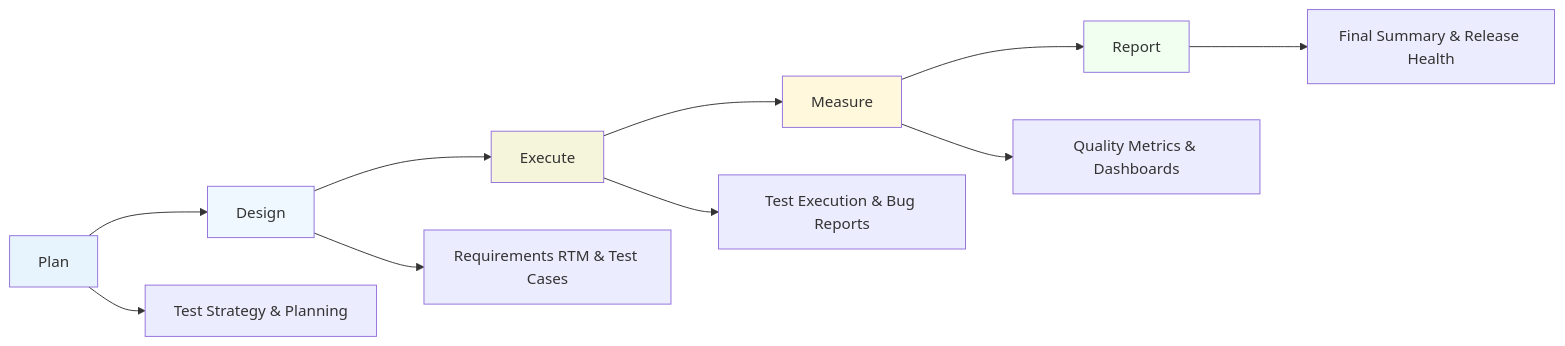
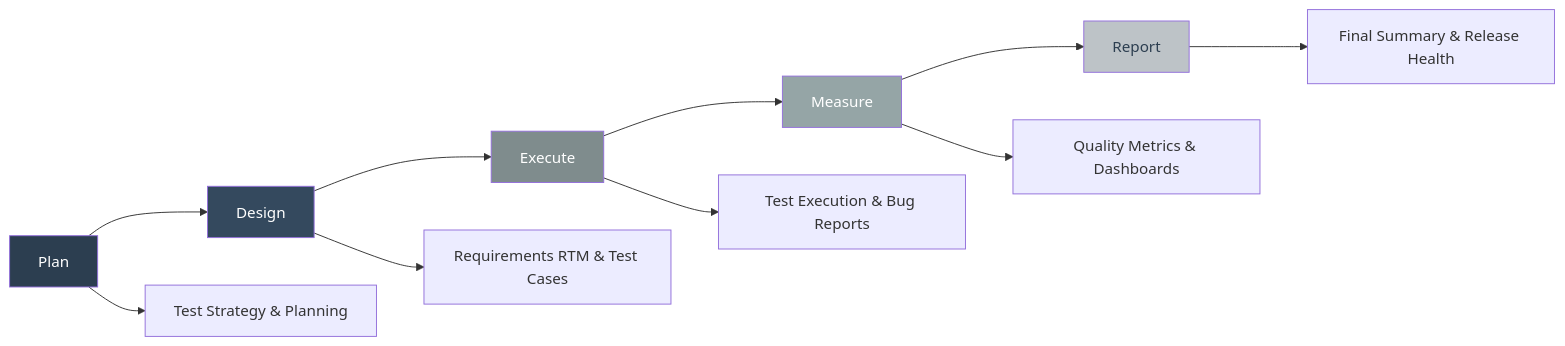
Before and after one commit to Tasmimdristy7/qa-lifecycle-suite: the first of 2 diagrams in README.md, drawn with Mermaid. The commit also changed 3 other files, not shown here.

````diff
--- a/README.md
+++ b/README.md
@@ -49,19 +49,19 @@
 ```mermaid
 graph LR
     A[Plan] --> B[Design]
     B --> C[Execute]
     C --> D[Measure]
     D --> E[Report]
     
     A --> A1[Test Strategy & Planning]
     B --> B1[Requirements RTM & Test Cases]
     C --> C1[Test Execution & Bug Reports]
     D --> D1[Quality Metrics & Dashboards]
     E --> E1[Final Summary & Release Health]
     
-    style A fill:#e8f4fd
-    style B fill:#f0f8ff
-    style C fill:#f5f5dc
-    style D fill:#fff8dc
-    style E fill:#f0fff0
+    style A fill:#2c3e50,color:#ffffff
+    style B fill:#34495e,color:#ffffff
+    style C fill:#7f8c8d,color:#ffffff
+    style D fill:#95a5a6,color:#ffffff
+    style E fill:#bdc3c7,color:#2c3e50
 ```
````
